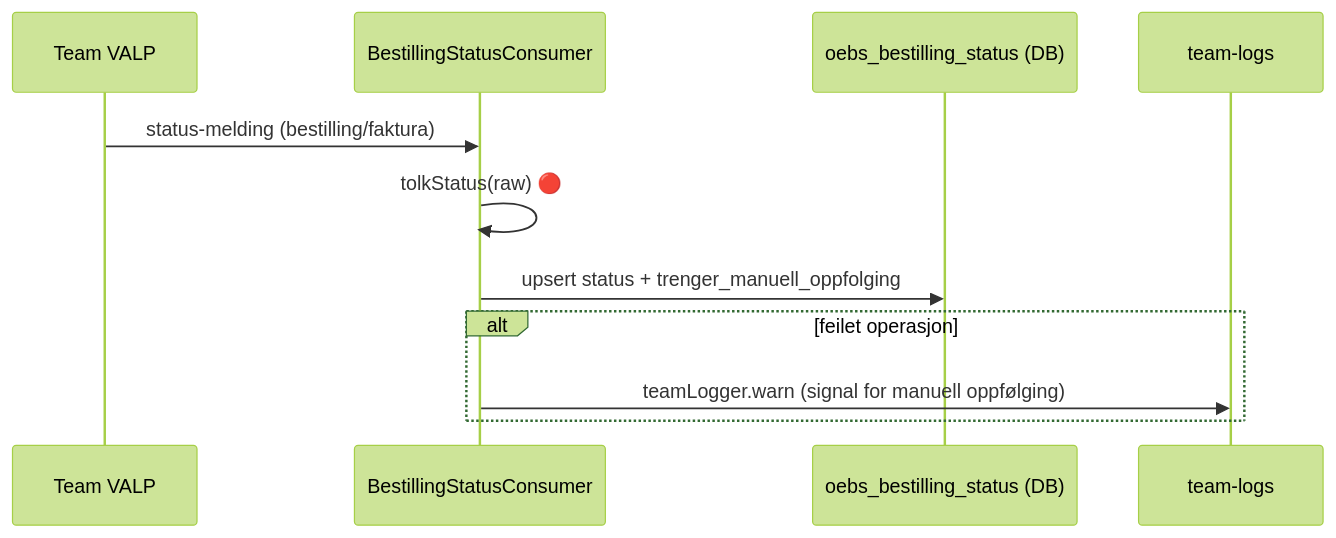
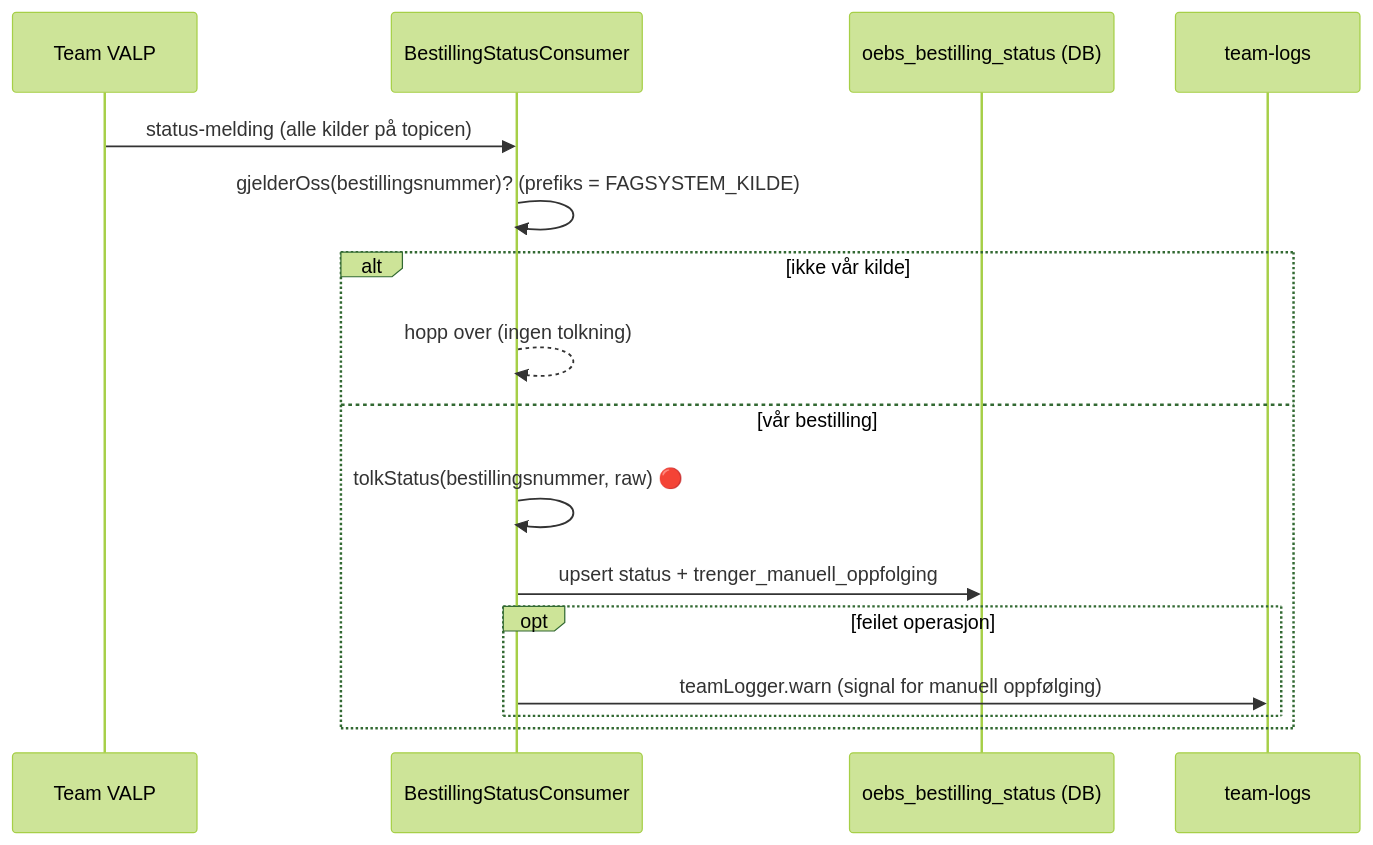
One commit to navikt/ekspertbistand changed the third of 3 diagrams in backend/src/main/kotlin/no/nav/ekspertbistand/oebs/README.md. Above: the diagram before and after it, drawn with Mermaid (forest theme). The commit also changed other lines of this file and 1 other file, not shown here.

Commit message:
fix(oebs): filtrer status-meldinger på fagsystembokstav
Status-topicene fra VALP inneholder meldinger for alle kilder. Consumeren
ruter nå tidlig på vår fagsystembokstav (FAGSYSTEM_KILDE, første tegn i
bestillingsnummeret) og ignorerer andres meldinger før rød-sone-tolkningen.
Oppdaterer også statusflyt-diagrammet i README.

Trello: https://trello.com/c/m53Ud4QY/565-integrere-med-oebs-for-%C3%A5-sette-av-penger-og-utbetale

````diff
--- a/backend/src/main/kotlin/no/nav/ekspertbistand/oebs/README.md
+++ b/backend/src/main/kotlin/no/nav/ekspertbistand/oebs/README.md
@@ -82,14 +82,19 @@
 ```mermaid
 sequenceDiagram
     participant V as Team VALP
     participant S as BestillingStatusConsumer
     participant D as oebs_bestilling_status (DB)
     participant T as team-logs
 
-    V->>S: status-melding (bestilling/faktura)
-    S->>S: tolkStatus(raw) 🔴
-    S->>D: upsert status + trenger_manuell_oppfolging
-    alt feilet operasjon
-        S->>T: teamLogger.warn (signal for manuell oppfølging)
+    V->>S: status-melding (alle kilder på topicen)
+    S->>S: gjelderOss(bestillingsnummer)? (prefiks = FAGSYSTEM_KILDE)
+    alt ikke vår kilde
+        S-->>S: hopp over (ingen tolkning)
+    else vår bestilling
+        S->>S: tolkStatus(bestillingsnummer, raw) 🔴
+        S->>D: upsert status + trenger_manuell_oppfolging
+        opt feilet operasjon
+            S->>T: teamLogger.warn (signal for manuell oppfølging)
+        end
     end
 ```
````
